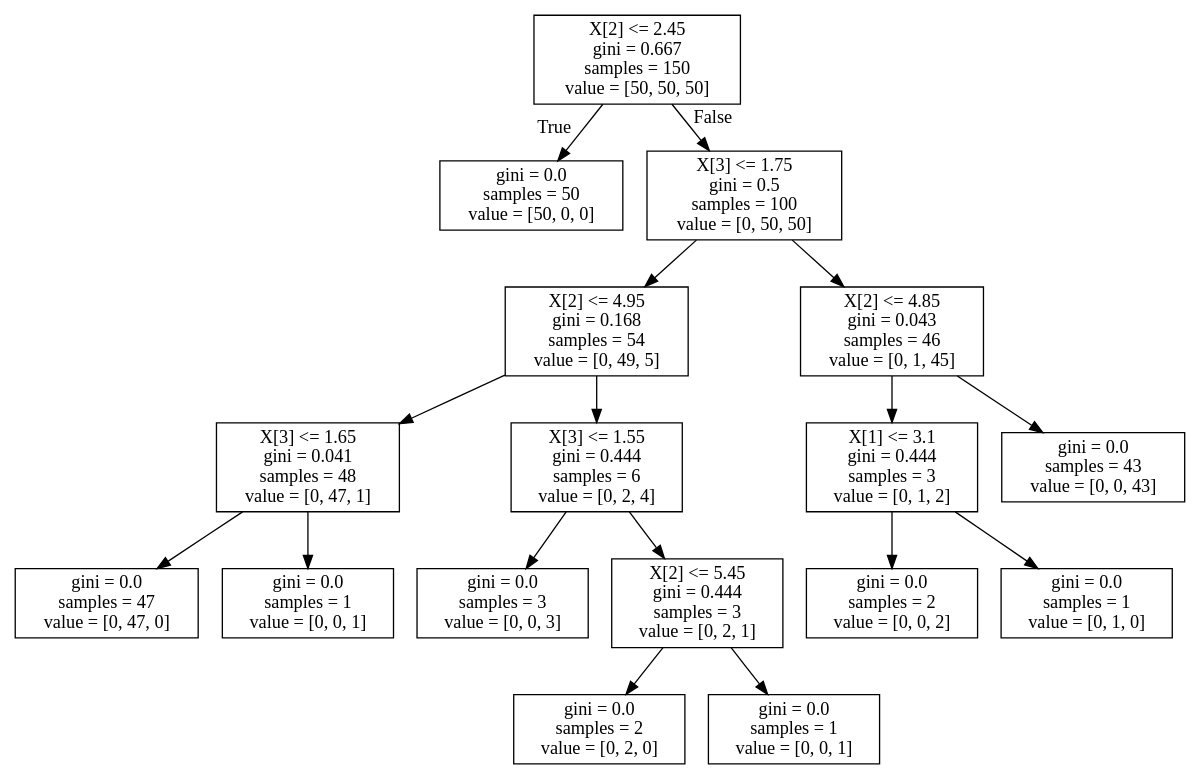
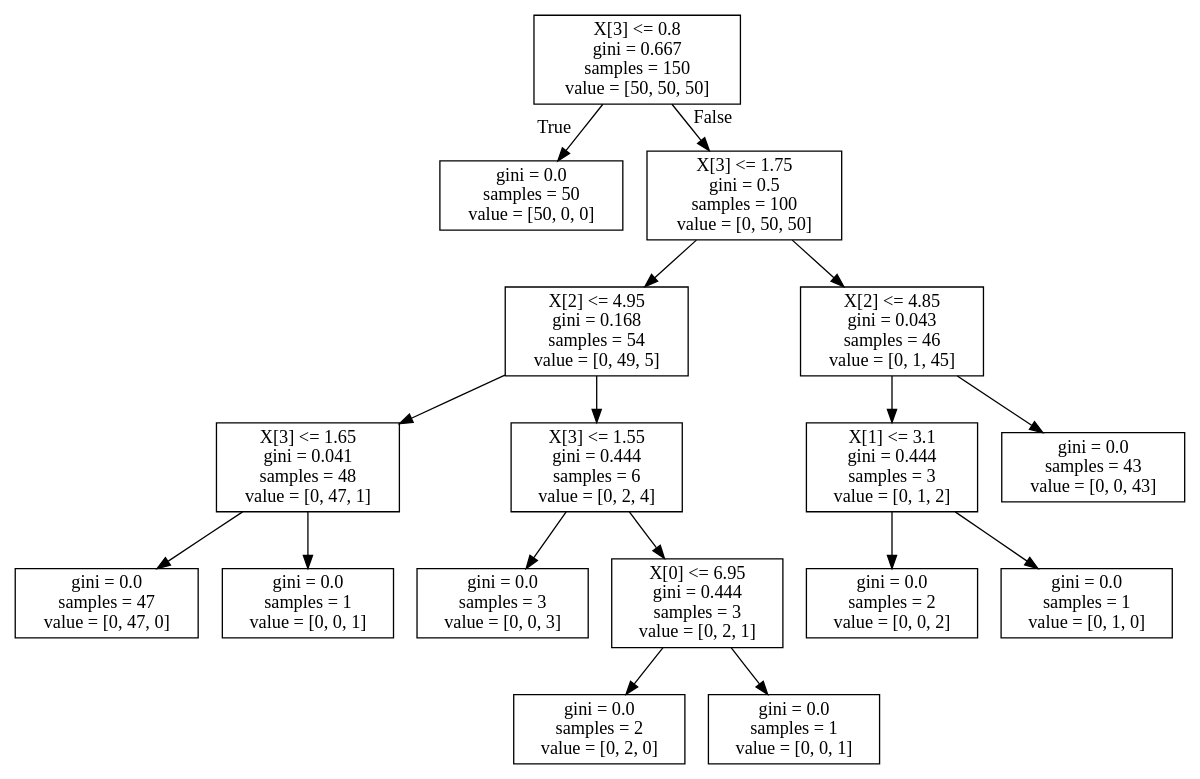
One commit to williankazuo/TCC changed the diagram in tree.dot. Above: the diagram before and after it, drawn with Graphviz. The commit also changed 8043 other files, not shown here.

```diff
--- a/tree.dot
+++ b/tree.dot
@@ -1,36 +1,36 @@
 digraph Tree {
 node [shape=box] ;
-0 [label="X[2] <= 2.45\ngini = 0.667\nsamples = 150\nvalue = [50, 50, 50]"] ;
+0 [label="X[3] <= 0.8\ngini = 0.667\nsamples = 150\nvalue = [50, 50, 50]"] ;
 1 [label="gini = 0.0\nsamples = 50\nvalue = [50, 0, 0]"] ;
 0 -> 1 [labeldistance=2.5, labelangle=45, headlabel="True"] ;
 2 [label="X[3] <= 1.75\ngini = 0.5\nsamples = 100\nvalue = [0, 50, 50]"] ;
 0 -> 2 [labeldistance=2.5, labelangle=-45, headlabel="False"] ;
 3 [label="X[2] <= 4.95\ngini = 0.168\nsamples = 54\nvalue = [0, 49, 5]"] ;
 2 -> 3 ;
 4 [label="X[3] <= 1.65\ngini = 0.041\nsamples = 48\nvalue = [0, 47, 1]"] ;
 3 -> 4 ;
 5 [label="gini = 0.0\nsamples = 47\nvalue = [0, 47, 0]"] ;
 4 -> 5 ;
 6 [label="gini = 0.0\nsamples = 1\nvalue = [0, 0, 1]"] ;
 4 -> 6 ;
 7 [label="X[3] <= 1.55\ngini = 0.444\nsamples = 6\nvalue = [0, 2, 4]"] ;
 3 -> 7 ;
 8 [label="gini = 0.0\nsamples = 3\nvalue = [0, 0, 3]"] ;
 7 -> 8 ;
-9 [label="X[2] <= 5.45\ngini = 0.444\nsamples = 3\nvalue = [0, 2, 1]"] ;
+9 [label="X[0] <= 6.95\ngini = 0.444\nsamples = 3\nvalue = [0, 2, 1]"] ;
 7 -> 9 ;
 10 [label="gini = 0.0\nsamples = 2\nvalue = [0, 2, 0]"] ;
 9 -> 10 ;
 11 [label="gini = 0.0\nsamples = 1\nvalue = [0, 0, 1]"] ;
 9 -> 11 ;
 12 [label="X[2] <= 4.85\ngini = 0.043\nsamples = 46\nvalue = [0, 1, 45]"] ;
 2 -> 12 ;
 13 [label="X[1] <= 3.1\ngini = 0.444\nsamples = 3\nvalue = [0, 1, 2]"] ;
 12 -> 13 ;
 14 [label="gini = 0.0\nsamples = 2\nvalue = [0, 0, 2]"] ;
 13 -> 14 ;
 15 [label="gini = 0.0\nsamples = 1\nvalue = [0, 1, 0]"] ;
 13 -> 15 ;
 16 [label="gini = 0.0\nsamples = 43\nvalue = [0, 0, 43]"] ;
 12 -> 16 ;
 }
```
